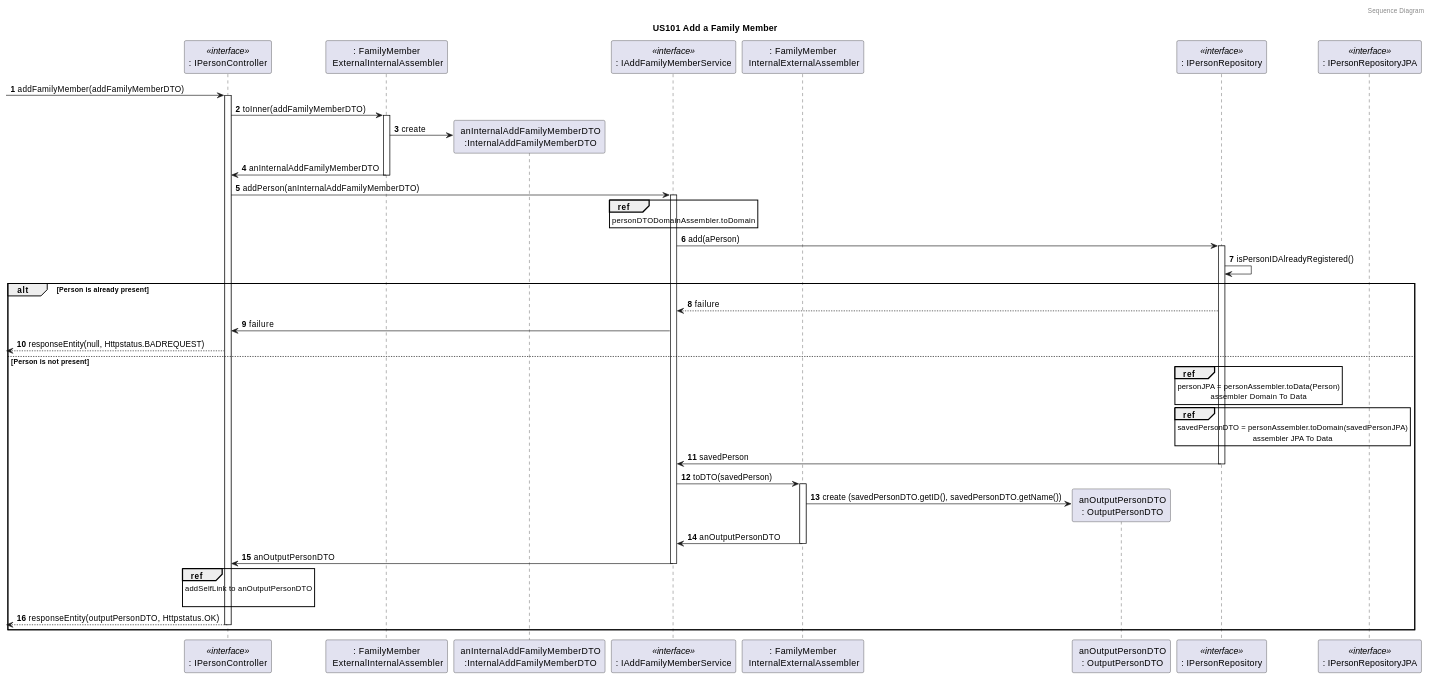
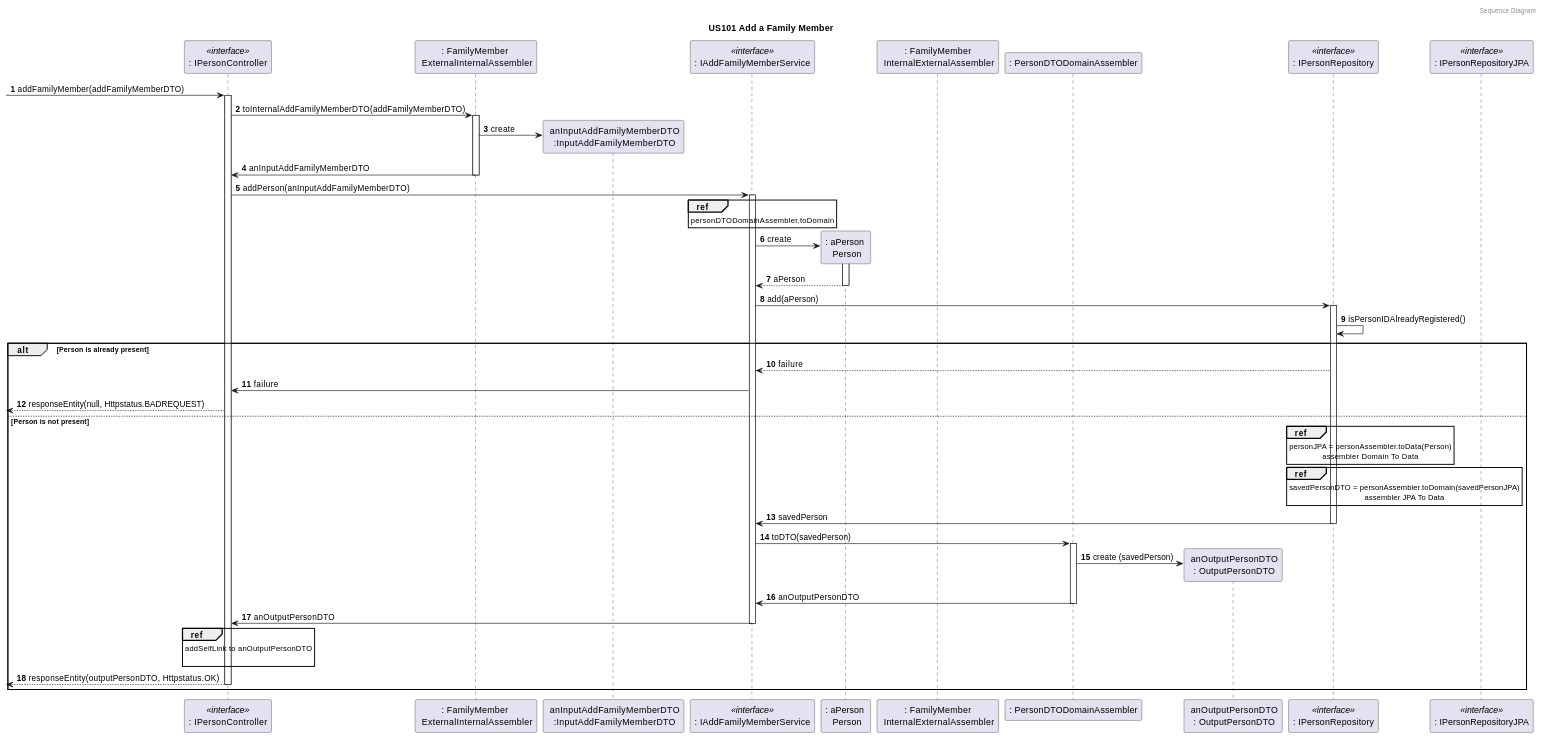
Before and after one commit to tomas-osswald/switch_2020_g3: the fourth of 6 diagrams in docs/sprint5/user_stories/US101_AddFamilyMember.md, drawn with PlantUML. The commit also changed other lines of this file and 2 other files, not shown here.

Commit message:
AddFamilyMember SD corrections

`````diff
--- a/docs/sprint5/user_stories/US101_AddFamilyMember.md
+++ b/docs/sprint5/user_stories/US101_AddFamilyMember.md
@@ -263,75 +263,82 @@
 ```puml
 @startuml
 autonumber
 header Sequence Diagram
 title US101 Add a Family Member
 
 participant ": IPersonController" as controller <<interface>>
-participant ": FamilyMember\n ExternalInternalAssembler" as outinassembler
-participant " anInternalAddFamilyMemberDTO\n :InternalAddFamilyMemberDTO" as aninaddassembler
+participant ": FamilyMember \n ExternalInternalAssembler" as outinassembler
+participant " anInputAddFamilyMemberDTO\n :InputAddFamilyMemberDTO" as aninaddassembler
 participant ": IAddFamilyMemberService" as FamilyMemberService <<interface>>
+participant ": aPerson \n Person" as person
 participant ": FamilyMember\n InternalExternalAssembler" as inoutassembler
+participant ": PersonDTODomainAssembler" as persondtoAss
 participant " anOutputPersonDTO\n : OutputPersonDTO" as outputPersonDTO
 participant ": IPersonRepository" as prepository  <<interface>>
 participant ": IPersonRepositoryJPA" as prepositoryJPA  <<interface>>
 'participant "aFamilyRepository\n : FamilyRepository" as frepository
 
 -> controller : addFamilyMember(addFamilyMemberDTO)
 activate controller
-controller -> outinassembler : toInner(addFamilyMemberDTO)
+controller -> outinassembler : toInternalAddFamilyMemberDTO(addFamilyMemberDTO)
 activate outinassembler
 outinassembler -> aninaddassembler** : create
-outinassembler -> controller : anInternalAddFamilyMemberDTO
+outinassembler -> controller : anInputAddFamilyMemberDTO
 deactivate
-controller -> FamilyMemberService : addPerson(anInternalAddFamilyMemberDTO)
+controller -> FamilyMemberService : addPerson(anInputAddFamilyMemberDTO)
 activate FamilyMemberService
 
 ref over FamilyMemberService
 personDTODomainAssembler.toDomain
 end
+
+FamilyMemberService -> person**: create
+activate person
+person --> FamilyMemberService: aPerson
+deactivate person
 
 FamilyMemberService -> prepository : add(aPerson)
 activate prepository
 
 prepository -> prepository : isPersonIDAlreadyRegistered()
 alt Person is already present
 prepository --> FamilyMemberService : failure
 
 FamilyMemberService -> controller : failure
 
 <-- controller : responseEntity(null, Httpstatus.BADREQUEST)
 else Person is not present
 ref over prepository
 personJPA = personAssembler.toData(Person)
 assembler Domain To Data
 end
 
 ref over prepository
 savedPersonDTO = personAssembler.toDomain(savedPersonJPA)
 assembler JPA To Data
 end
 
 prepository -> FamilyMemberService : savedPerson
 deactivate prepository
 deactivate prepositoryJPA
 
-FamilyMemberService  -> inoutassembler : toDTO(savedPerson)
-activate inoutassembler 
-inoutassembler -> outputPersonDTO** : create (savedPersonDTO.getID(), savedPersonDTO.getName())
-inoutassembler ->  FamilyMemberService  : anOutputPersonDTO
+FamilyMemberService  -> persondtoAss : toDTO(savedPerson)
+activate persondtoAss 
+persondtoAss -> outputPersonDTO** : create (savedPerson)
+persondtoAss ->  FamilyMemberService  : anOutputPersonDTO
 deactivate 
 deactivate prepository
 
 FamilyMemberService -> controller : anOutputPersonDTO
 deactivate FamilyMemberService 
 ref over controller
  addSelfLink to anOutputPersonDTO
 
 end
 deactivate FamilyMemberService
 <-- controller : responseEntity(outputPersonDTO, Httpstatus.OK)
 deactivate controller
 
 end
 @enduml
 ````
`````
